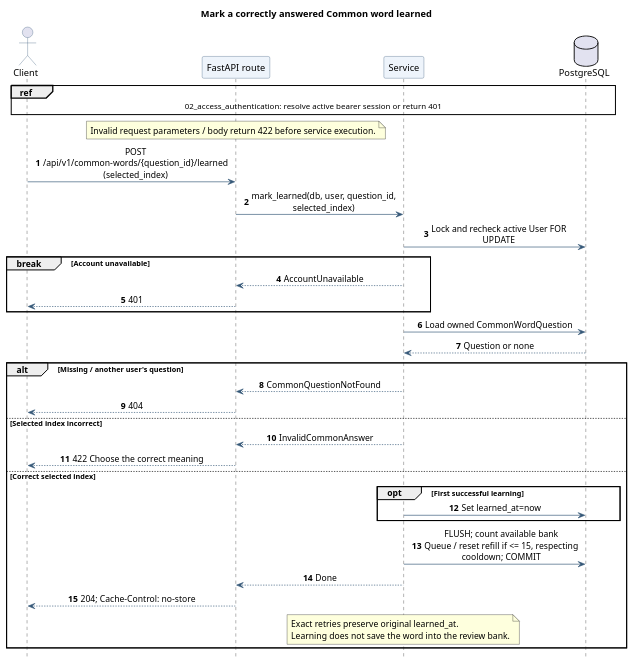
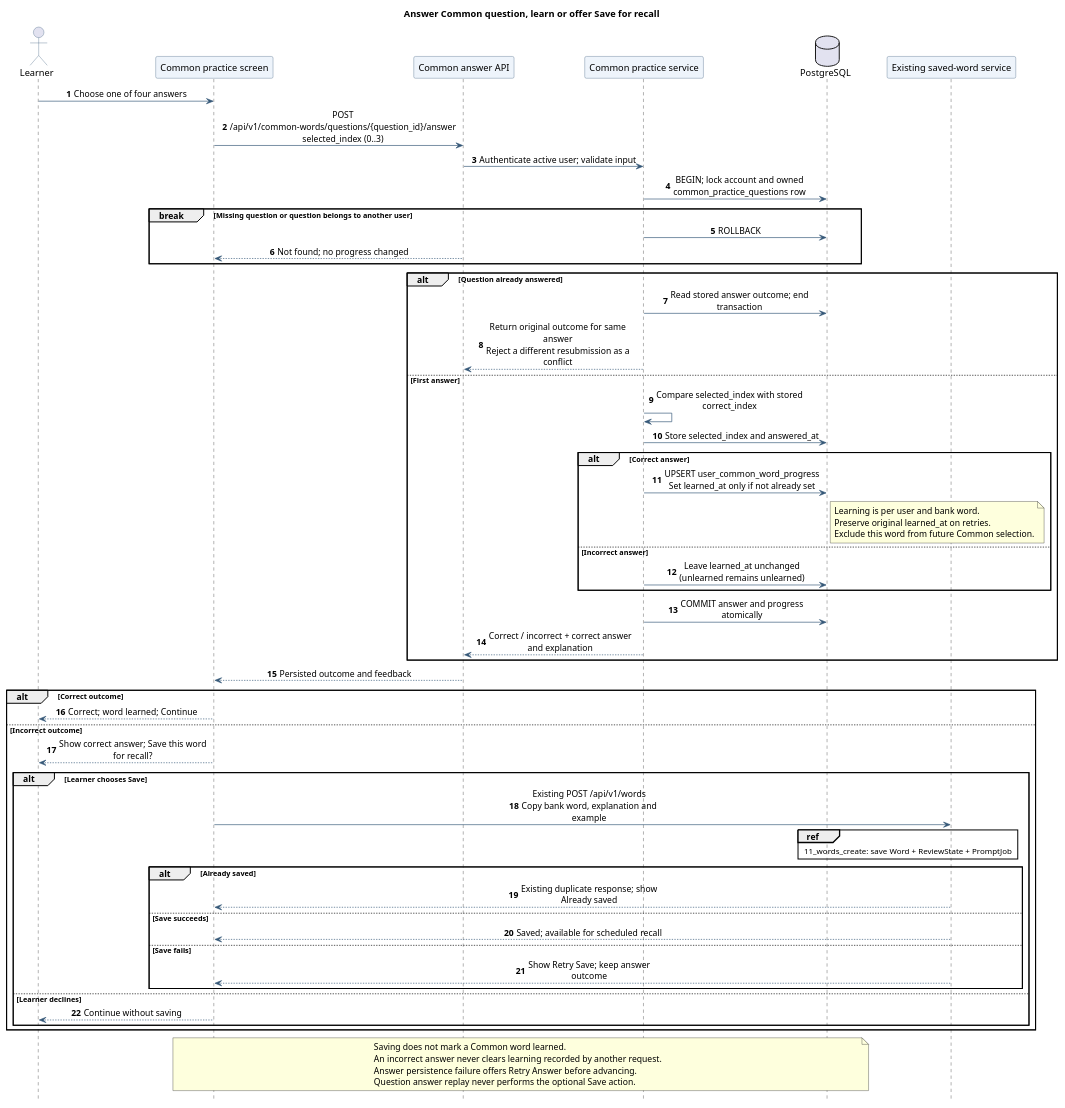
One commit to jerrynguyen0210/english-vocab-app changed the diagram in docs/diagrams/sequence_diagrams/21_common_words_learned.puml. Above: the diagram before and after it, drawn with PlantUML. The commit also changed 93 other files, not shown here.

Commit message:
Add shared common word practice and bank tooling

```diff
--- a/docs/diagrams/sequence_diagrams/21_common_words_learned.puml
+++ b/docs/diagrams/sequence_diagrams/21_common_words_learned.puml
@@ -1,50 +1,66 @@
 @startuml
 skinparam shadowing false
 skinparam defaultFontName SansSerif
 skinparam sequenceMessageAlign center
 skinparam maxMessageSize 240
 skinparam ParticipantBackgroundColor #EEF4FB
 skinparam ParticipantBorderColor #355777
 skinparam ActorBorderColor #355777
 skinparam ArrowColor #355777
 hide footbox
 autonumber
-title Mark a correctly answered Common word learned
+title Answer Common question, learn or offer Save for recall
 
-' Sources relative to repository root:
-' backend/app/api/routes/common_words.py
-' backend/app/services/common_words.py
-' backend/app/services/common_word_bank.py
+' Sources: backend/app/api/routes/common_words.py and backend/app/services/common_words.py.
+actor Learner
+participant "Common practice screen" as Client
+participant "Common answer API" as API
+participant "Common practice service" as S
+database PostgreSQL as DB
+participant "Existing saved-word service" as Words
 
-actor Client
-participant "FastAPI route" as API
-participant "Service" as S
-database PostgreSQL as DB
-ref over Client, DB : 02_access_authentication: resolve active bearer session or return 401
-note over API : Invalid request parameters / body return 422 before service execution.
+Learner -> Client : Choose one of four answers
+Client -> API : POST /api/v1/common-words/questions/{question_id}/answer\nselected_index (0..3)
+API -> S : Authenticate active user; validate input
+S -> DB : BEGIN; lock account and owned common_practice_questions row
+break Missing question or question belongs to another user
+  S -> DB : ROLLBACK
+  API --> Client : Not found; no progress changed
+end
+alt Question already answered
+  S -> DB : Read stored answer outcome; end transaction
+  S --> API : Return original outcome for same answer\nReject a different resubmission as a conflict
+else First answer
+  S -> S : Compare selected_index with stored correct_index
+  S -> DB : Store selected_index and answered_at
+  alt Correct answer
+    S -> DB : UPSERT user_common_word_progress\nSet learned_at only if not already set
+    note right of DB : Learning is per user and bank word.\nPreserve original learned_at on retries.\nExclude this word from future Common selection.
+  else Incorrect answer
+    S -> DB : Leave learned_at unchanged (unlearned remains unlearned)
+  end
+  S -> DB : COMMIT answer and progress atomically
+  S --> API : Correct / incorrect + correct answer and explanation
+end
+API --> Client : Persisted outcome and feedback
+alt Correct outcome
+  Client --> Learner : Correct; word learned; Continue
+else Incorrect outcome
+  Client --> Learner : Show correct answer; Save this word for recall?
+  alt Learner chooses Save
+    Client -> Words : Existing POST /api/v1/words\nCopy bank word, explanation and example
+    ref over Words, DB : 11_words_create: save Word + ReviewState + PromptJob
+    alt Already saved
+      Words --> Client : Existing duplicate response; show Already saved
+    else Save succeeds
+      Words --> Client : Saved; available for scheduled recall
+    else Save fails
+      Words --> Client : Show Retry Save; keep answer outcome
+    end
+  else Learner declines
+    Client --> Learner : Continue without saving
+  end
+end
+note over Client, DB : Saving does not mark a Common word learned.\nAn incorrect answer never clears learning recorded by another request.\nAnswer persistence failure offers Retry Answer before advancing.\nQuestion answer replay never performs the optional Save action.
 
-Client -> API : POST /api/v1/common-words/{question_id}/learned (selected_index)
-API -> S : mark_learned(db, user, question_id, selected_index)
-S -> DB : Lock and recheck active User FOR UPDATE
-break Account unavailable
-  S --> API : AccountUnavailable
-  API --> Client : 401
-end
-S -> DB : Load owned CommonWordQuestion
-DB --> S : Question or none
-alt Missing / another user's question
-  S --> API : CommonQuestionNotFound
-  API --> Client : 404
-else Selected index incorrect
-  S --> API : InvalidCommonAnswer
-  API --> Client : 422 Choose the correct meaning
-else Correct selected index
-  opt First successful learning
-    S -> DB : Set learned_at=now
-  end
-  S -> DB : FLUSH; count available bank\nQueue / reset refill if <= 15, respecting cooldown; COMMIT
-  S --> API : Done
-  API --> Client : 204; Cache-Control: no-store
-  note over S : Exact retries preserve original learned_at.\nLearning does not save the word into the review bank.
-end
 @enduml
```
